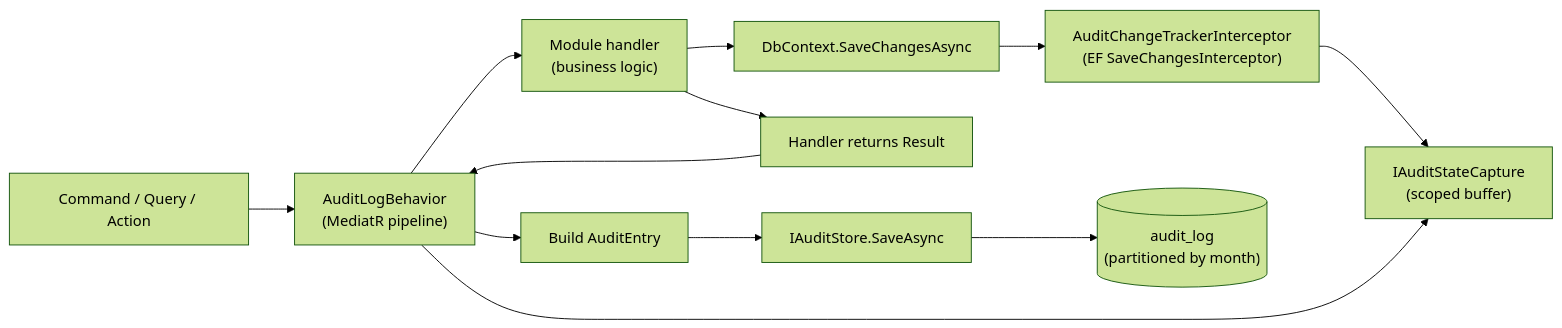
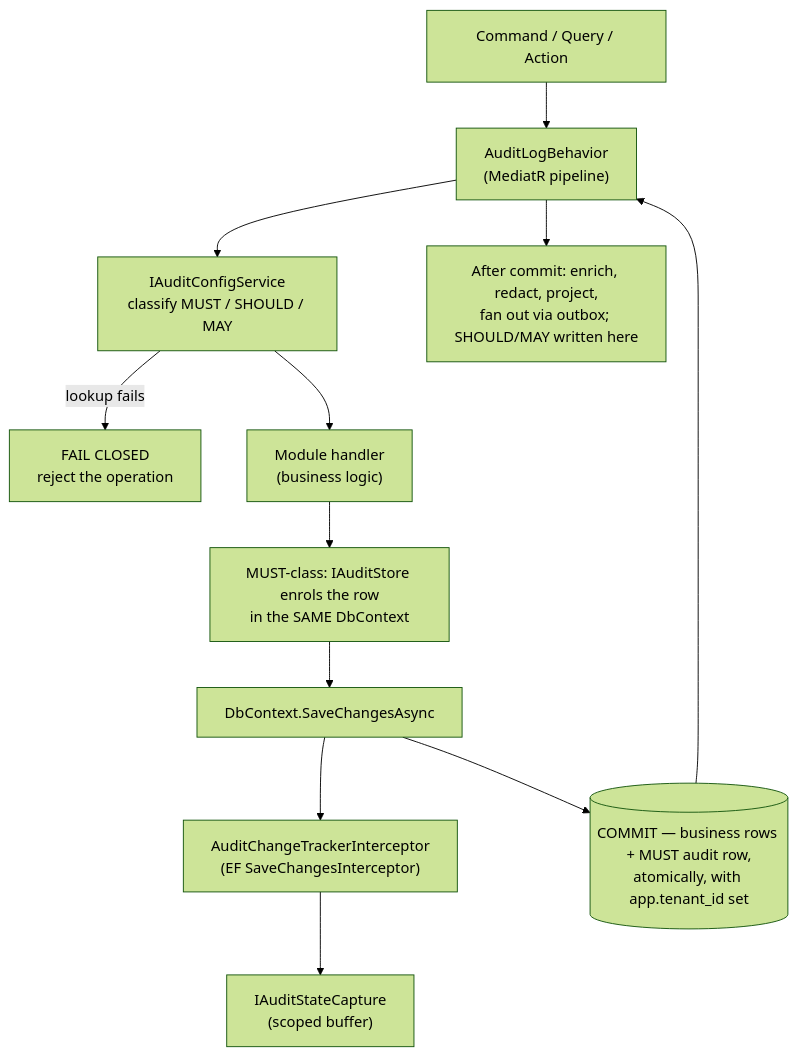
Before and after one commit to HodeTech/LearnStack: the diagram in docs/architecture/31-audit-subsystem.md, drawn with Mermaid (forest theme). The commit also changed other lines of this file and 62 other files, not shown here.

````diff
--- a/docs/architecture/31-audit-subsystem.md
+++ b/docs/architecture/31-audit-subsystem.md
@@ -13,14 +45,14 @@
 ```mermaid
-flowchart LR
+flowchart TB
     Cmd["Command / Query / Action"] --> Behavior["AuditLogBehavior<br/>(MediatR pipeline)"]
-    Behavior --> Handler["Module handler<br/>(business logic)"]
-    Handler --> SaveChanges["DbContext.SaveChangesAsync"]
+    Behavior --> Config["IAuditConfigService<br/>classify MUST / SHOULD / MAY"]
+    Config -->|"lookup fails"| Closed["FAIL CLOSED<br/>reject the operation"]
+    Config --> Handler["Module handler<br/>(business logic)"]
+    Handler --> Enroll["MUST-class: IAuditStore enrols the row<br/>in the SAME DbContext"]
+    Enroll --> SaveChanges["DbContext.SaveChangesAsync"]
     SaveChanges --> Interceptor["AuditChangeTrackerInterceptor<br/>(EF SaveChangesInterceptor)"]
     Interceptor --> Buffer["IAuditStateCapture<br/>(scoped buffer)"]
-    Handler --> ReturnsResult["Handler returns Result<T>"]
-    ReturnsResult --> Behavior
-    Behavior --> Buffer
-    Behavior --> Build["Build AuditEntry"]
-    Build --> Store["IAuditStore.SaveAsync"]
-    Store --> Table[("audit_log<br/>(partitioned by month)")]
+    SaveChanges --> Commit[("COMMIT — business rows + MUST audit row,<br/>atomically, with app.tenant_id set")]
+    Commit --> Behavior
+    Behavior --> Post["After commit: enrich, redact, project,<br/>fan out via outbox; SHOULD/MAY written here"]
 ```
````
